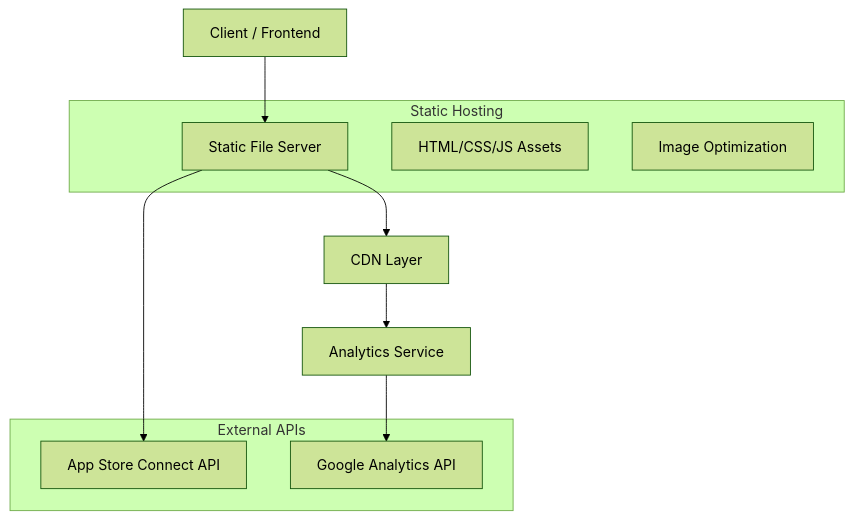
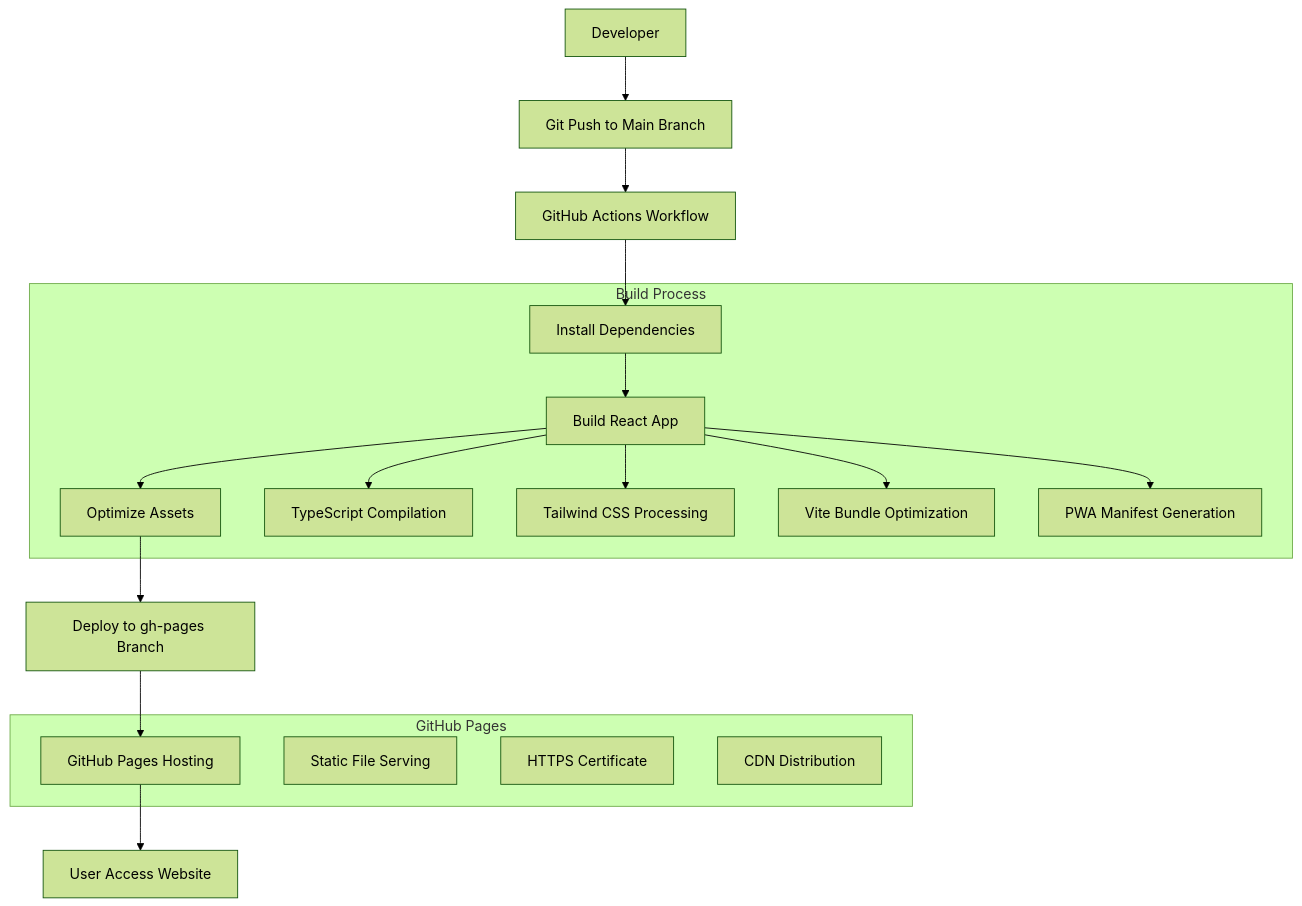
The second of 2 diagrams in .trae/documents/SoulCards_技術架構文檔.md (andy846/SoulCards-Website), drawn with Mermaid (forest theme) before and after one commit. The commit also changed other lines of this file and 297 other files, not shown here.

Commit message:
Deploy SoulCards website to GitHub Pages

````diff
--- a/.trae/documents/SoulCards_技術架構文檔.md
+++ b/.trae/documents/SoulCards_技術架構文檔.md
@@ -109,20 +122,33 @@
 ```mermaid
 graph TD
-    A[Client / Frontend] --> B[Static File Server]
-    B --> C[CDN Layer]
-    C --> D[Analytics Service]
+    A[Developer] --> B[Git Push to Main Branch]
+    B --> C[GitHub Actions Workflow]
+    C --> D[Install Dependencies]
+    D --> E[Build React App]
+    E --> F[Optimize Assets]
+    F --> G[Deploy to gh-pages Branch]
+    G --> H[GitHub Pages Hosting]
+    H --> I[User Access Website]
     
-    subgraph Static Hosting
-        B
-        E[HTML/CSS/JS Assets]
-        F[Image Optimization]
+    subgraph "Build Process"
+        D
+        E
+        F
+        J[TypeScript Compilation]
+        K[Tailwind CSS Processing]
+        L[Vite Bundle Optimization]
+        M[PWA Manifest Generation]
     end
     
-    subgraph External APIs
-        G[App Store Connect API]
-        H[Google Analytics API]
+    subgraph "GitHub Pages"
+        H
+        N[Static File Serving]
+        O[HTTPS Certificate]
+        P[CDN Distribution]
     end
     
-    B --> G
-    D --> H
+    E --> J
+    E --> K
+    E --> L
+    E --> M
 ```
````
